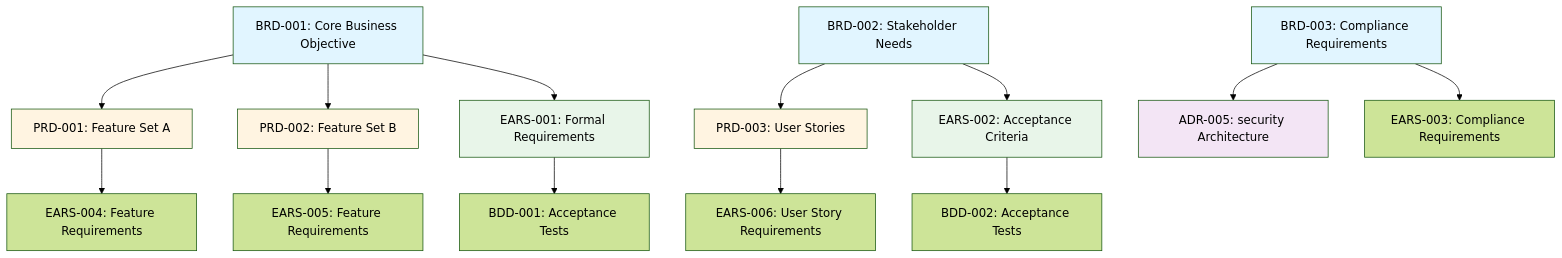
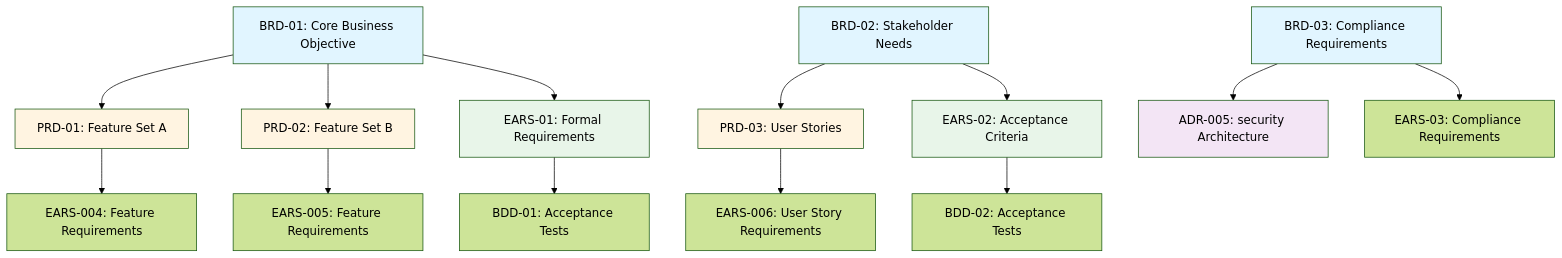
The diagram in ai_dev_flow/BRD/BRD-000_TRACEABILITY_MATRIX-TEMPLATE.md (vladm3105/aidoc-flow-framework), drawn with Mermaid (forest theme) before and after one commit. The commit also changed other lines of this file and 215 other files, not shown here.

````diff
--- a/ai_dev_flow/BRD/BRD-000_TRACEABILITY_MATRIX-TEMPLATE.md
+++ b/ai_dev_flow/BRD/BRD-000_TRACEABILITY_MATRIX-TEMPLATE.md
@@ -257,29 +257,29 @@
 ```mermaid
 graph TD
-    BRD001[BRD-001: Core Business Objective] --> PRD001[PRD-001: Feature Set A]
-    BRD001 --> PRD002[PRD-002: Feature Set B]
-    BRD001 --> EARS001[EARS-001: Formal Requirements]
+    BRD001[BRD-01: Core Business Objective] --> PRD001[PRD-01: Feature Set A]
+    BRD001 --> PRD002[PRD-02: Feature Set B]
+    BRD001 --> EARS001[EARS-01: Formal Requirements]
 
-    BRD002[BRD-002: Stakeholder Needs] --> PRD003[PRD-003: User Stories]
-    BRD002 --> EARS002[EARS-002: Acceptance Criteria]
+    BRD002[BRD-02: Stakeholder Needs] --> PRD003[PRD-03: User Stories]
+    BRD002 --> EARS002[EARS-02: Acceptance Criteria]
 
-    BRD003[BRD-003: Compliance Requirements] --> ADR005[ADR-005: security Architecture]
-    BRD003 --> EARS003[EARS-003: Compliance Requirements]
+    BRD003[BRD-03: Compliance Requirements] --> ADR005[ADR-005: security Architecture]
+    BRD003 --> EARS003[EARS-03: Compliance Requirements]
 
     PRD001 --> EARS004[EARS-004: Feature Requirements]
     PRD002 --> EARS005[EARS-005: Feature Requirements]
     PRD003 --> EARS006[EARS-006: User Story Requirements]
 
-    EARS001 --> BDD001[BDD-001: Acceptance Tests]
-    EARS002 --> BDD002[BDD-002: Acceptance Tests]
+    EARS001 --> BDD001[BDD-01: Acceptance Tests]
+    EARS002 --> BDD002[BDD-02: Acceptance Tests]
 
     style BRD001 fill:#e1f5ff
     style BRD002 fill:#e1f5ff
     style BRD003 fill:#e1f5ff
     style PRD001 fill:#fff4e1
     style PRD002 fill:#fff4e1
     style PRD003 fill:#fff4e1
     style EARS001 fill:#e8f5e9
     style EARS002 fill:#e8f5e9
     style ADR005 fill:#f3e5f5
 ```
````
